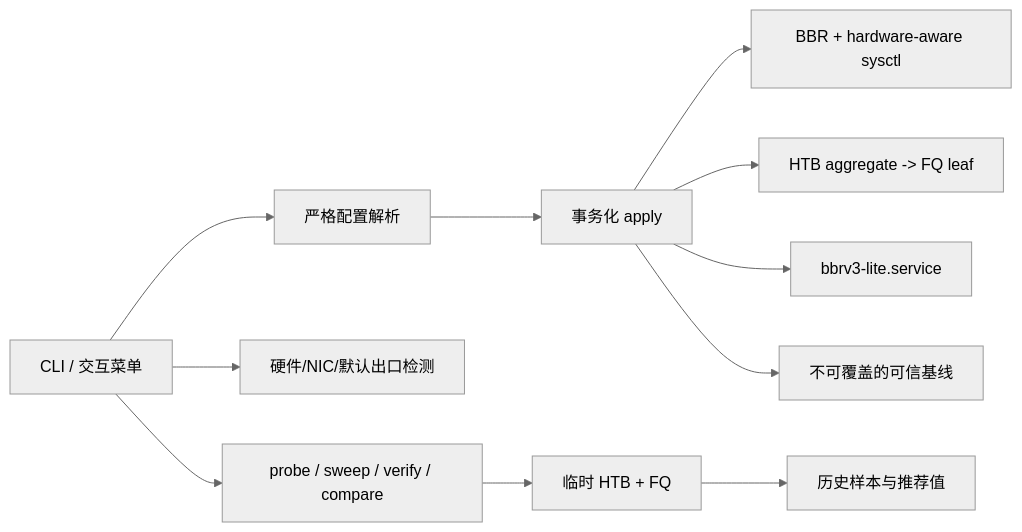
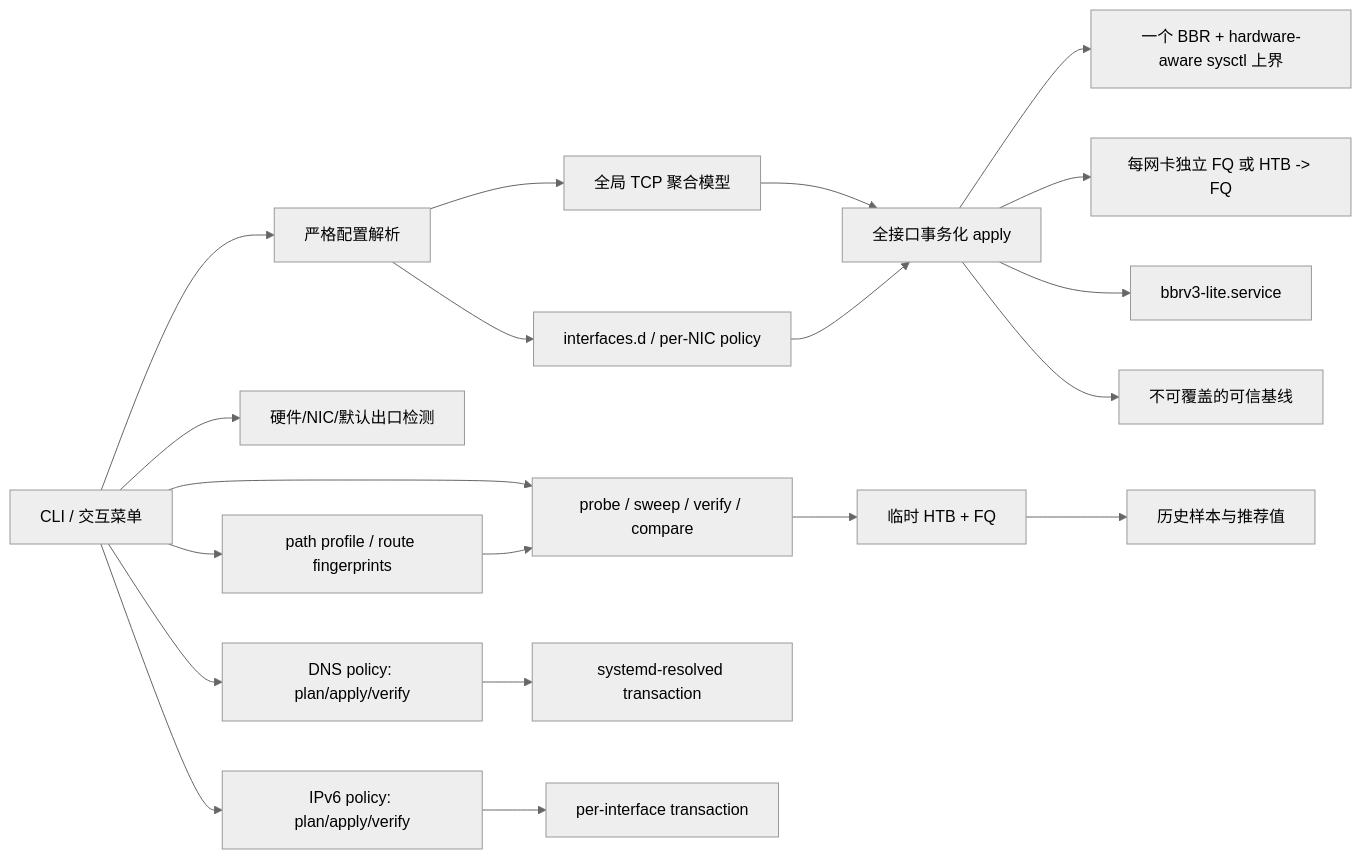
Before and after one commit to ike-sh/bbrv3-lite: the diagram in README.md, drawn with Mermaid (neutral theme). The commit also changed other lines of this file and 43 other files, not shown here.

````diff
--- a/README.md
+++ b/README.md
@@ -31,13 +36,22 @@
 ```mermaid
 flowchart LR
     CLI["CLI / 交互菜单"] --> CFG["严格配置解析"]
     CLI --> DETECT["硬件/NIC/默认出口检测"]
+    CLI --> PATH["path profile / route fingerprints"]
     CLI --> MEASURE["probe / sweep / verify / compare"]
+    PATH --> MEASURE
     MEASURE --> TEMP["临时 HTB + FQ"]
     TEMP --> RESULT["历史样本与推荐值"]
-    CFG --> APPLY["事务化 apply"]
-    APPLY --> SYSCTL["BBR + hardware-aware sysctl"]
-    APPLY --> TC["HTB aggregate -> FQ leaf"]
+    CFG --> GLOBAL["全局 TCP 聚合模型"]
+    CFG --> NICPOLICY["interfaces.d / per-NIC policy"]
+    GLOBAL --> APPLY["全接口事务化 apply"]
+    NICPOLICY --> APPLY
+    APPLY --> SYSCTL["一个 BBR + hardware-aware sysctl 上界"]
+    APPLY --> TC["每网卡独立 FQ 或 HTB -> FQ"]
     APPLY --> SERVICE["bbrv3-lite.service"]
     APPLY --> BASELINE["不可覆盖的可信基线"]
+    CLI --> DNSPOLICY["DNS policy: plan/apply/verify"]
+    CLI --> V6POLICY["IPv6 policy: plan/apply/verify"]
+    DNSPOLICY --> DNSEXEC["systemd-resolved transaction"]
+    V6POLICY --> V6EXEC["per-interface transaction"]
 ```
````
